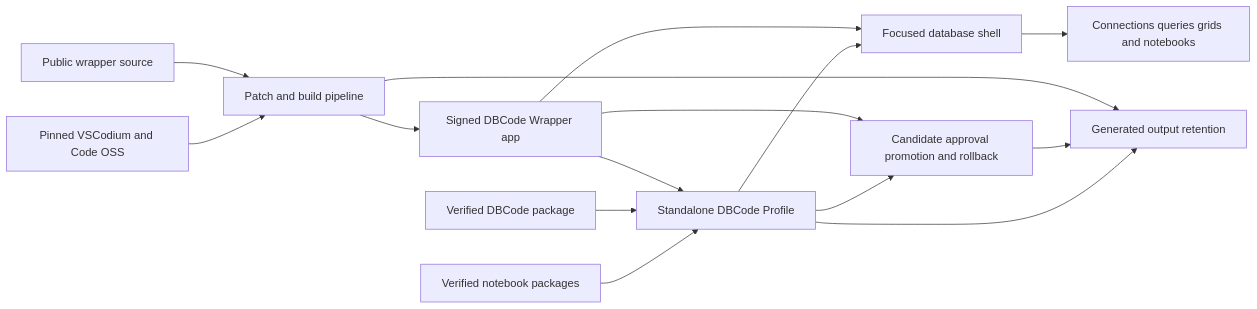
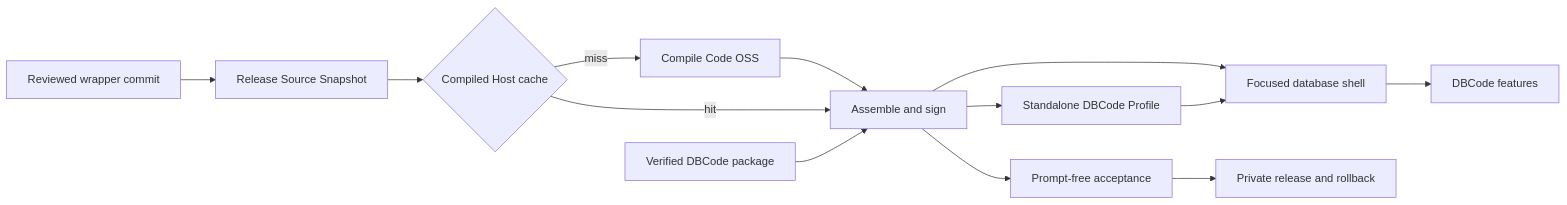
The diagram in wiki/OVERVIEW.md (alexwck/dbcode-wrapper), drawn with Mermaid before and after one commit. The commit also changed other lines of this file and 29 other files, not shown here.

First line of the commit message:
docs(wiki): refresh fast wrapper release guide

````diff
--- a/wiki/OVERVIEW.md
+++ b/wiki/OVERVIEW.md
@@ -22,17 +22,15 @@
 ```mermaid
 flowchart LR
-  U[Public wrapper source] --> B[Patch and build pipeline]
-  V[Pinned VSCodium and Code OSS] --> B
-  B --> A[Signed DBCode Wrapper app]
+  U[Reviewed wrapper commit] --> S[Release Source Snapshot]
+  S --> C{Compiled Host cache}
+  C -->|miss| B[Compile Code OSS]
+  B --> A[Assemble and sign]
+  C -->|hit| A
+  D[Verified DBCode package] --> A
   A --> P[Standalone DBCode Profile]
-  D[Verified DBCode package] --> P
-  N[Verified notebook packages] --> P
   A --> F[Focused database shell]
   P --> F
-  F --> Q[Connections queries grids and notebooks]
-  A --> R[Candidate approval promotion and rollback]
-  P --> R
-  B --> G[Generated output retention]
-  R --> G
-  P --> G
+  F --> Q[DBCode features]
+  A --> V[Prompt-free acceptance]
+  V --> R[Private release and rollback]
 ```
````
